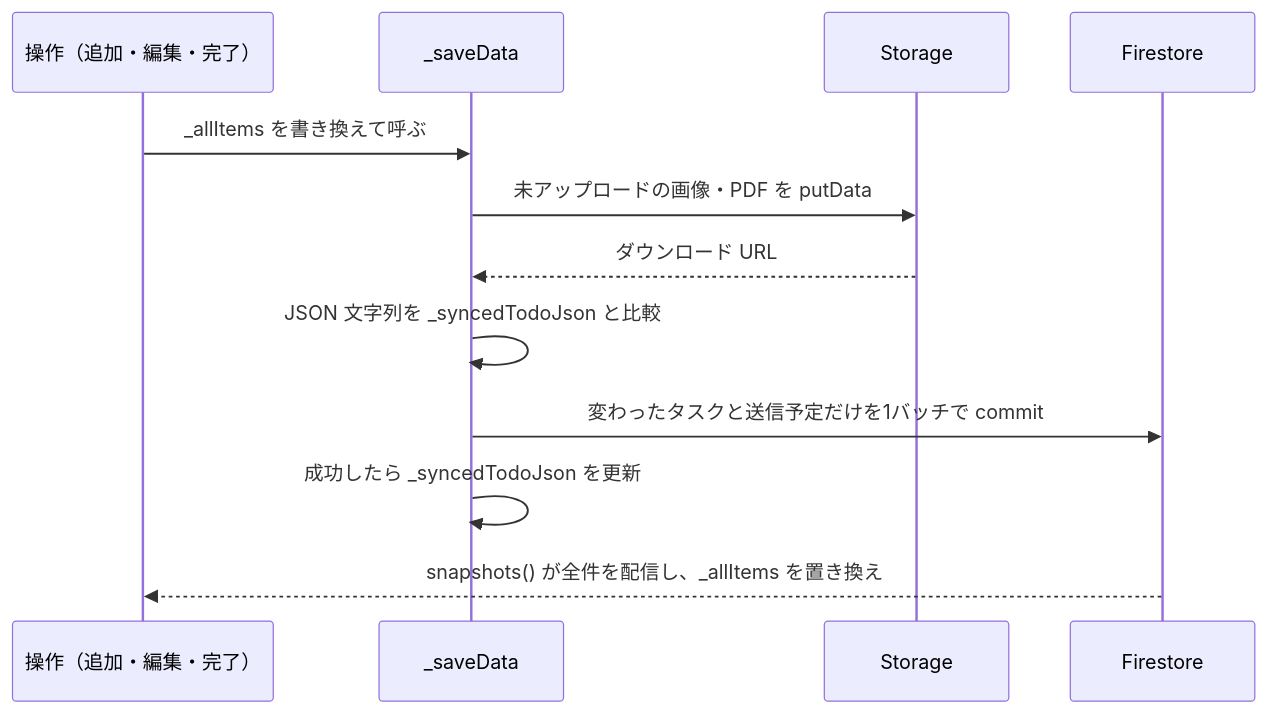
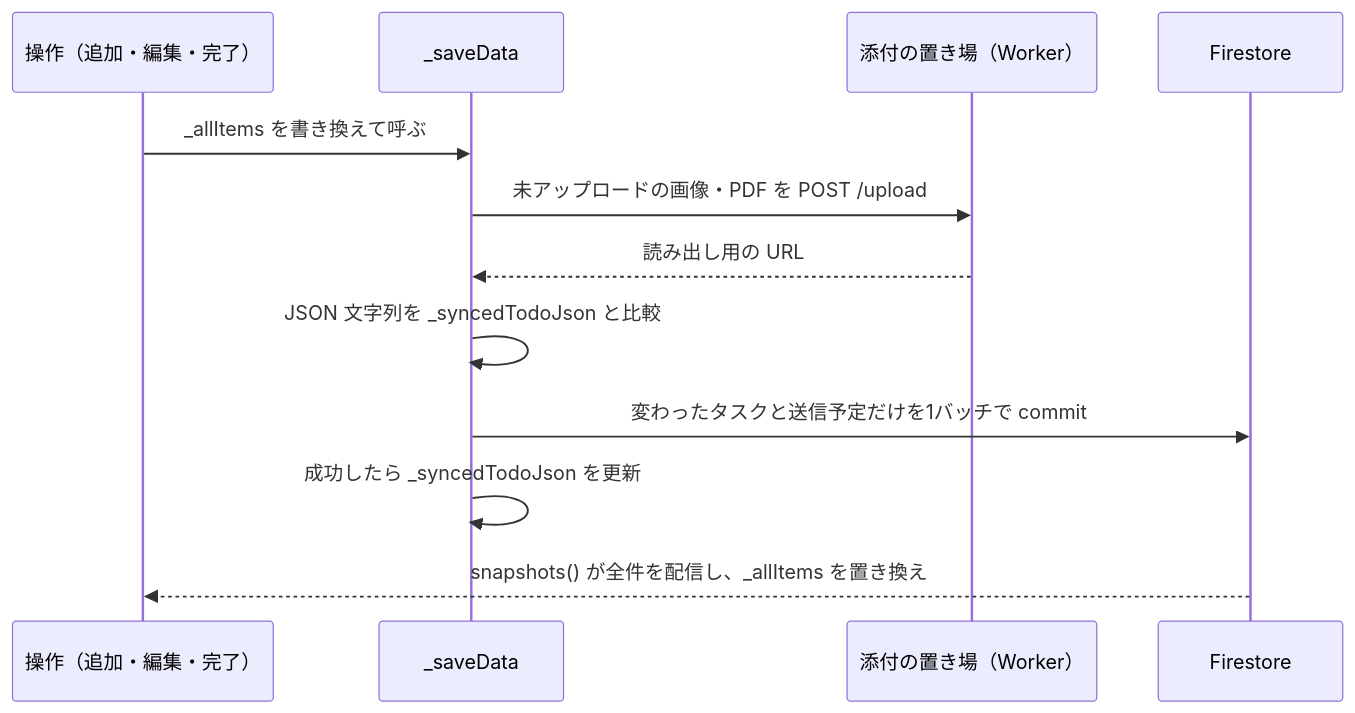
The third of 3 diagrams in docs/portfolio/TECHNICAL.md (mocaluna0117/TODO_APP_ver3), drawn with Mermaid before and after one commit. The commit also changed other lines of this file and 4 other files, not shown here.

````diff
--- a/docs/portfolio/TECHNICAL.md
+++ b/docs/portfolio/TECHNICAL.md
@@ -541,14 +580,14 @@
 ```mermaid
 sequenceDiagram
   participant A as 操作（追加・編集・完了）
   participant S as _saveData
-  participant ST as Storage
+  participant ST as 添付の置き場（Worker）
   participant FS as Firestore
   A->>S: _allItems を書き換えて呼ぶ
-  S->>ST: 未アップロードの画像・PDF を putData
-  ST-->>S: ダウンロード URL
+  S->>ST: 未アップロードの画像・PDF を POST /upload
+  ST-->>S: 読み出し用の URL
   S->>S: JSON 文字列を _syncedTodoJson と比較
   S->>FS: 変わったタスクと送信予定だけを1バッチで commit
   S->>S: 成功したら _syncedTodoJson を更新
   FS-->>A: snapshots() が全件を配信し、_allItems を置き換え
 ```
````
